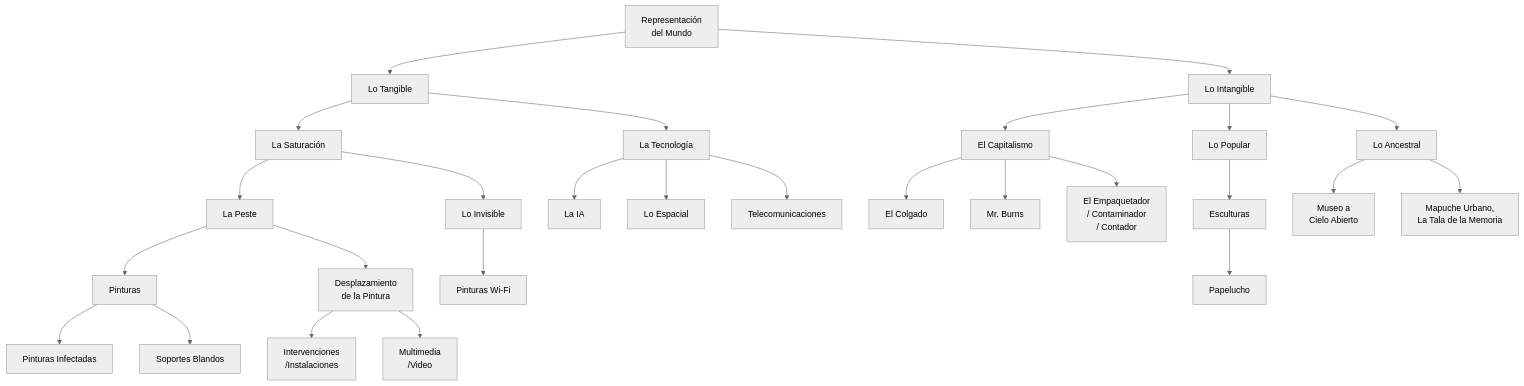
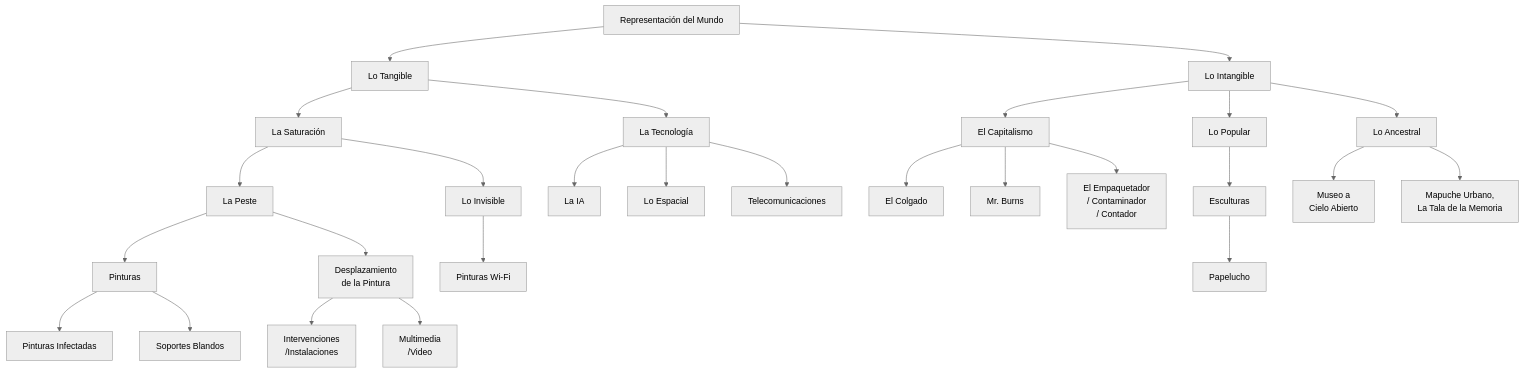
The first of 3 diagrams in diagrama.md (EGGS-Artesvisuales/EGGS-Artesvisuales.github.io), drawn with Mermaid (neutral theme) before and after one commit.

```diff
--- a/diagrama.md
+++ b/diagrama.md
@@ -16,56 +16,56 @@
     <div class="mermaid">
            graph TD
-        A[Representación \n del Mundo] --> A1[Lo Tangible]
+        A[Representación del Mundo] --> A1[Lo Tangible]
         A --> A2[Lo Intangible]
         A1 --> A1a[La Saturación]
         A1a --> A1a1[La Peste]
         A1a1 --> A1a1a[Pinturas]
         A1a1a --> A1a1a1[Pinturas Infectadas]
         A1a1a --> A1a1a2[Soportes Blandos]
         A1a1 --> A1a1b[Desplazamiento \nde la Pintura]
         A1a1b --> A1a1b1[Intervenciones\n /Instalaciones]
         A1a1b --> A1a1b2[Multimedia \n/Video]
         A1a --> A1a2[Lo Invisible]
         A1a2 --> A1a2a[Pinturas Wi-Fi]
         A1 --> A1b[La Tecnología]
         A1b --> A1b1[La IA]
         A1b --> A1b2[Lo Espacial]
         A1b --> A1b3[Telecomunicaciones]
         A2 --> A2a[El Capitalismo]
         A2a --> A2a1[El Colgado]
         A2a --> A2a2[Mr. Burns]
         A2a --> A2a3[El Empaquetador\n / Contaminador\n / Contador]
         A2 --> A2b[Lo Popular]
         A2b --> A2b1[Esculturas]
         A2b1 --> A2b1a[Papelucho]
         A2 --> A2c[Lo Ancestral]
         A2c --> A2c1[Museo a \n Cielo Abierto]
         A2c --> A2c2[Mapuche Urbano, \n La Tala de la Memoria]
         click A "mundo-exterior.html" "Ir a Representación del Mundo"
         click A1 "tangible.html" "Ir a Lo Tangible"
         click A1a "/la-saturacion.html" "Ir a La Saturación"
         click A1a1 "/la-peste.html" "Ir a La Peste"
         click A1a1a "/pinturas.html" "Ir a Pinturas"
         click A1a1a1 "/pinturas-infectadas.html" "Ir a Pinturas Infectadas"
         click A1a1a2 "/soportes-blandos.html" "Ir a Soportes Blandos"
         click A1a1b "/desplazamiento-pintura.html" "Ir a Desplazamiento de la Pintura"
         click A1a1b1 "/intervenciones-instalaciones.html" "Ir a Intervenciones/Instalaciones"
         click A1a1b2 "/multimedia-video.html" "Ir a Multimedia/Video"
         click A1a2 "/lo-invisible.html" "Ir a Lo Invisible"
         click A1a2a "/pinturas-wifi.html" "Ir a Pinturas Wi-Fi"
         click A1b "/la-tecnologia.html" "Ir a La Tecnología"
         click A1b1 "/la-ia.html" "Ir a La IA"
         click A1b2 "/lo-espacial.html" "Ir a Lo Espacial"
         click A1b3 "/telecomunicaciones.html" "Ir a Telecomunicaciones"
         click A2 "intangible.html" "Ir a Lo Intangible"
         click A2a "/el-capitalismo.html" "Ir a El Capitalismo"
         click A2a1 "/el-colgado.html" "Ir a El Colgado"
         click A2a2 "/mr-burns.html" "Ir a Mr. Burns"
         click A2a3 "/el-empaquetador.html" "Ir a El Empaquetador"
         click A2b "/lo-popular.html" "Ir a Lo Popular"
         click A2b1 "/esculturas.html" "Ir a Esculturas"
         click A2b1a "/papelucho.html" "Ir a Papelucho"
         click A2c "/lo-ancestral.html" "Ir a Lo Ancestral"
         click A2c1 "/museo-a-cielo-abierto.html" "Ir a Museo a Cielo Abierto"
         click A2c2 "/mapuche-urbano.html" "Ir a Mapuche Urbano"
     </div>
```
